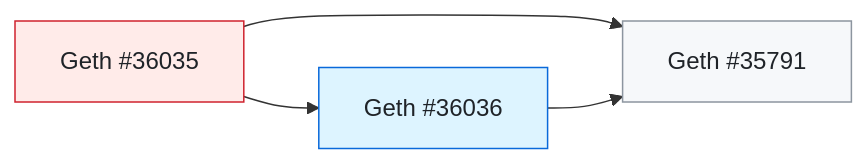
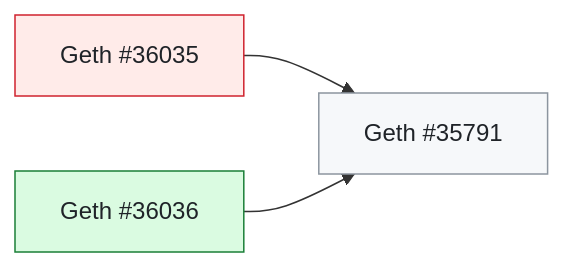
One commit to banteg/trace-interop changed the first of 2 diagrams in docs/client-fixes.md. Above: the diagram before and after it, drawn with Mermaid. The commit also changed other lines of this file and 2422 other files, not shown here.

````diff
--- a/docs/client-fixes.md
+++ b/docs/client-fixes.md
@@ -90,12 +90,11 @@
 ```mermaid
 flowchart LR
   Geth_35791["Geth #35791"]:::open
   Geth_36035["Geth #36035"]:::closed
-  Geth_36036["Geth #36036"]:::merged
+  Geth_36036["Geth #36036"]:::in_measured_build
   Geth_36035 --> Geth_35791
   Geth_36036 --> Geth_35791
-  Geth_36035 --> Geth_36036
   classDef open fill:#f6f8fa,stroke:#8c959f,color:#1f2328
-  classDef merged fill:#ddf4ff,stroke:#0969da,color:#1f2328
+  classDef in_measured_build fill:#dafbe1,stroke:#1a7f37,color:#1f2328
   classDef closed fill:#ffebe9,stroke:#cf222e,color:#1f2328
 ```
````
